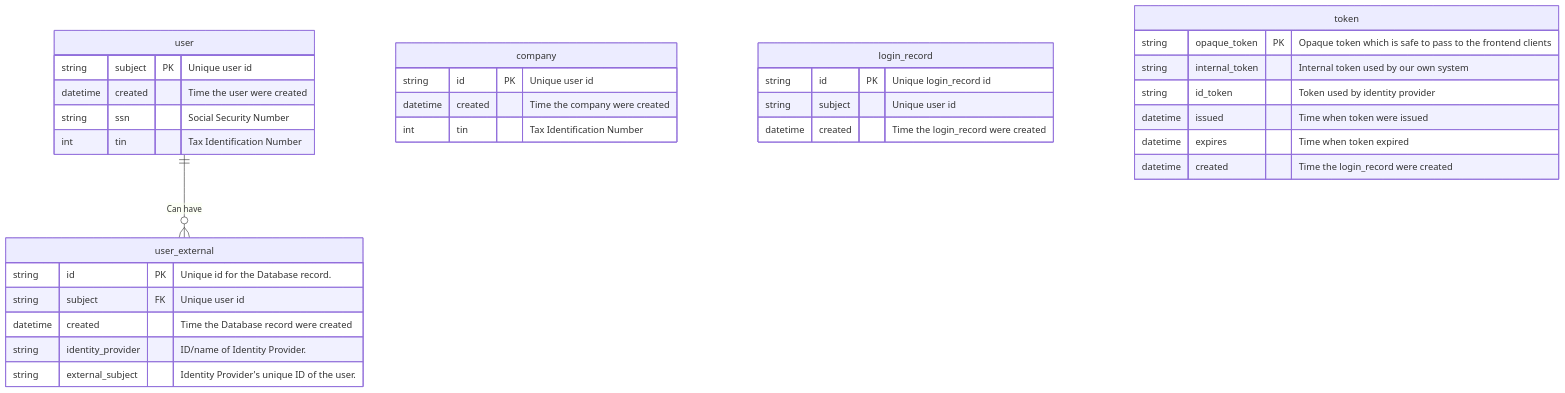
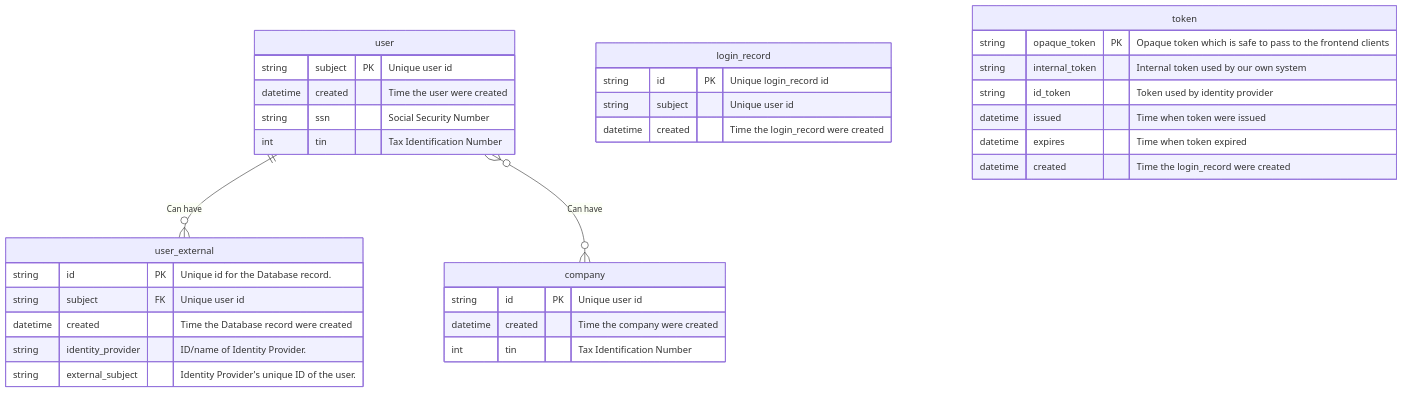
One commit to Energinet-DataHub/eo-auth changed the diagram in doc/diagrams/database.md. Above: the diagram before and after it, drawn with Mermaid. The commit also changed 8 other files, not shown here.

````diff
--- a/doc/diagrams/database.md
+++ b/doc/diagrams/database.md
@@ -1,42 +1,44 @@
 ```mermaid
 erDiagram
 
 
     user {
         string subject PK "Unique user id"
         datetime created "Time the user were created"
         string ssn "Social Security Number"
         int tin "Tax Identification Number"
     }
 
     user_external {
         string id PK "Unique id for the Database record."
         string subject FK "Unique user id"
         datetime created "Time the Database record were created"
         string identity_provider "ID/name of Identity Provider."
         string external_subject "Identity Provider's unique ID of the user."
     }
 
     user ||--o{ user_external : "Can have"
 
     company {
         string id PK "Unique user id"
         datetime created "Time the company were created"
         int tin "Tax Identification Number"
     }
 
+    user }o--o{ company : "Can have"
+
     login_record {
         string id PK "Unique login_record id"
         string subject "Unique user id"
         datetime created "Time the login_record were created"
     }
 
     token {
         string opaque_token PK "Opaque token which is safe to pass to the frontend clients"
         string internal_token "Internal token used by our own system"
         string id_token "Token used by identity provider"
         datetime issued "Time when token were issued"
         datetime expires "Time when token expired"
         datetime created "Time the login_record were created"
     }
 ```
````
